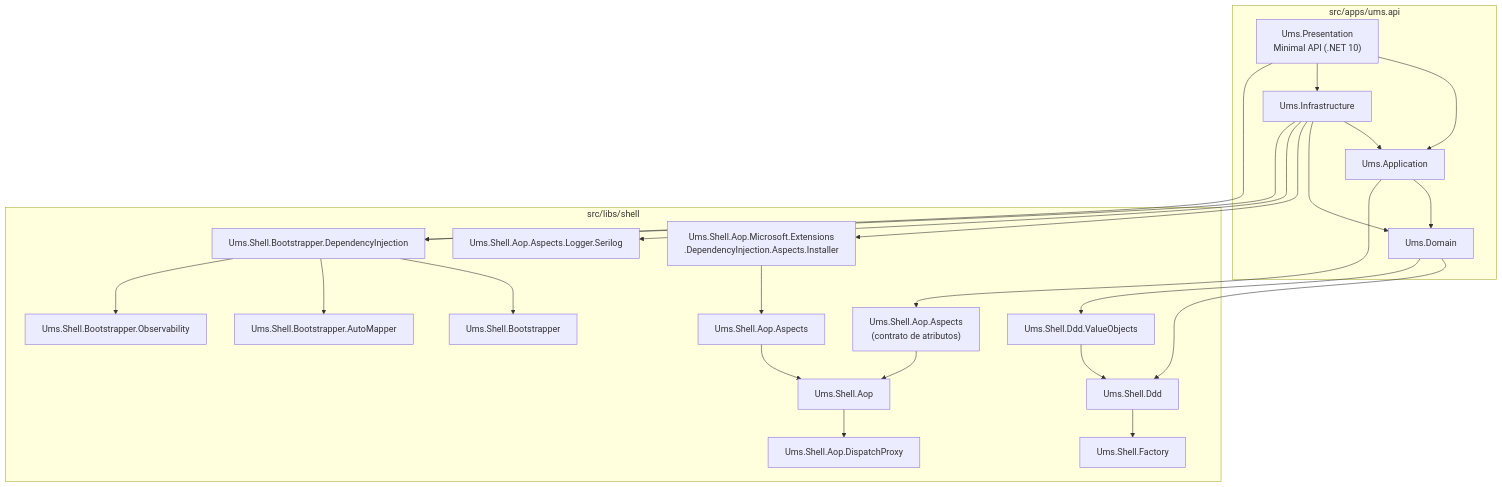
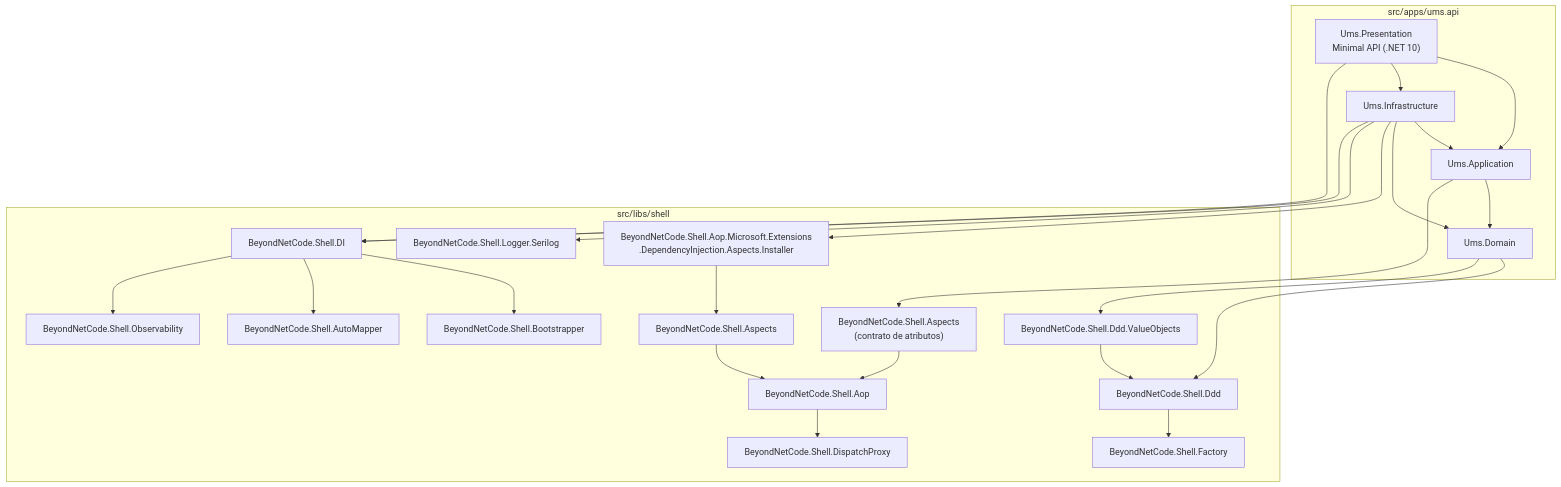
One commit to beyondnetcode/ums changed the diagram in docs/architecture/blueprints-es/shell-library-architecture.md. Above: the diagram before and after it, drawn with Mermaid. The commit also changed other lines of this file and 339 other files, not shown here.

````diff
--- a/docs/architecture/blueprints-es/shell-library-architecture.md
+++ b/docs/architecture/blueprints-es/shell-library-architecture.md
@@ -28,55 +28,55 @@
 ```mermaid
 flowchart TD
     A["Ums.Presentation<br/>Minimal API (.NET 10)"] --> B["Ums.Application"]
     A --> C["Ums.Infrastructure"]
     C --> B
     B --> D["Ums.Domain"]
     C --> D
 
     %% Dominio → shell DDD (Factory es transitivo vía Ddd)
-    D --> E["Ums.Shell.Ddd"]
-    D --> F["Ums.Shell.Ddd.ValueObjects"]
+    D --> E["BeyondNetCode.Shell.Ddd"]
+    D --> F["BeyondNetCode.Shell.Ddd.ValueObjects"]
     F --> E
-    E --> G["Ums.Shell.Factory"]
+    E --> G["BeyondNetCode.Shell.Factory"]
 
     %% Application → solo contrato de atributos AOP
-    B --> H["Ums.Shell.Aop.Aspects<br/>(contrato de atributos)"]
+    B --> H["BeyondNetCode.Shell.Aspects<br/>(contrato de atributos)"]
 
     %% Infrastructure → cableado AOP completo + Bootstrapper
-    C --> I["Ums.Shell.Aop.Microsoft.Extensions<br/>.DependencyInjection.Aspects.Installer"]
-    C --> J["Ums.Shell.Aop.Aspects.Logger.Serilog"]
-    I --> K["Ums.Shell.Aop.Aspects"]
-    K --> L["Ums.Shell.Aop"]
-    L --> M["Ums.Shell.Aop.DispatchProxy"]
+    C --> I["BeyondNetCode.Shell.Aop.Microsoft.Extensions<br/>.DependencyInjection.Aspects.Installer"]
+    C --> J["BeyondNetCode.Shell.Logger.Serilog"]
+    I --> K["BeyondNetCode.Shell.Aspects"]
+    K --> L["BeyondNetCode.Shell.Aop"]
+    L --> M["BeyondNetCode.Shell.DispatchProxy"]
     H --> L
 
     %% Presentation/Infrastructure → Bootstrapper
-    A --> N["Ums.Shell.Bootstrapper.DependencyInjection"]
+    A --> N["BeyondNetCode.Shell.DI"]
     C --> N
-    N --> O["Ums.Shell.Bootstrapper"]
-    N --> P["Ums.Shell.Bootstrapper.AutoMapper"]
-    N --> Q["Ums.Shell.Bootstrapper.Observability"]
+    N --> O["BeyondNetCode.Shell.Bootstrapper"]
+    N --> P["BeyondNetCode.Shell.AutoMapper"]
+    N --> Q["BeyondNetCode.Shell.Observability"]
 
     subgraph Apps["src/apps/ums.api"]
       A
       B
       C
       D
     end
 
     subgraph Shell["src/libs/shell"]
       E
       F
       G
       H
       I
       J
       K
       L
       M
       N
       O
       P
       Q
     end
 ```
````
